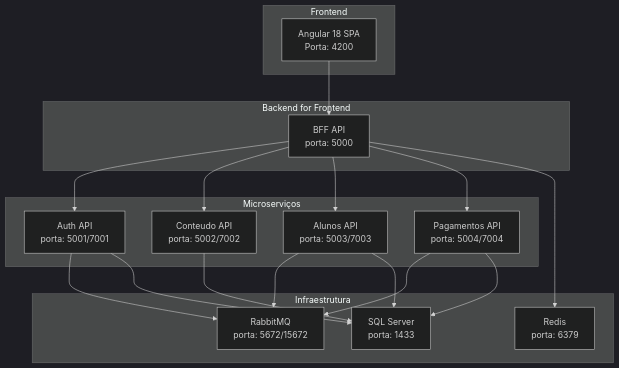
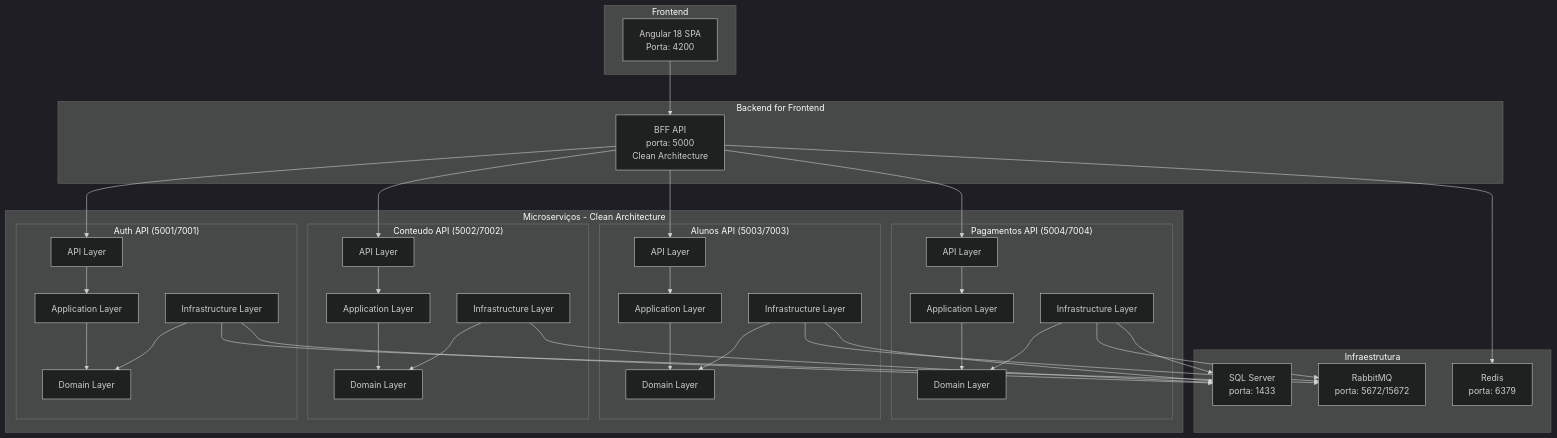
The diagram in README.md (jasonamaral/mba.modulo4), drawn with Mermaid (dark theme) before and after one commit. The commit also changed other lines of this file and 2 other files, not shown here.

Commit message:
Alteração no diagrama

````diff
--- a/README.md
+++ b/README.md
@@ -30,40 +30,80 @@
 ```mermaid
 graph TB
     subgraph "Frontend"
         Angular[Angular 18 SPA<br/>Porta: 4200]
     end
     
     subgraph "Backend for Frontend"
-        BFF[BFF API<br/>porta: 5000]
+        BFF[BFF API<br/>porta: 5000<br/>Clean Architecture]
     end
     
-    subgraph "Microserviços"
-        Auth[Auth API<br/>porta: 5001/7001]
-        Conteudo[Conteudo API<br/>porta: 5002/7002]
-        Alunos[Alunos API<br/>porta: 5003/7003]
-        Pagamentos[Pagamentos API<br/>porta: 5004/7004]
+    subgraph "Microserviços - Clean Architecture"
+        subgraph "Auth API (5001/7001)"
+            AuthAPI[API Layer]
+            AuthApp[Application Layer]
+            AuthDomain[Domain Layer]
+            AuthInfra[Infrastructure Layer]
+        end
+        
+        subgraph "Conteudo API (5002/7002)"
+            ConteudoAPI[API Layer]
+            ConteudoApp[Application Layer]
+            ConteudoDomain[Domain Layer]
+            ConteudoInfra[Infrastructure Layer]
+        end
+        
+        subgraph "Alunos API (5003/7003)"
+            AlunosAPI[API Layer]
+            AlunosApp[Application Layer]
+            AlunosDomain[Domain Layer]
+            AlunosInfra[Infrastructure Layer]
+        end
+        
+        subgraph "Pagamentos API (5004/7004)"
+            PagamentosAPI[API Layer]
+            PagamentosApp[Application Layer]
+            PagamentosDomain[Domain Layer]
+            PagamentosInfra[Infrastructure Layer]
+        end
     end
     
     subgraph "Infraestrutura"
         RabbitMQ[RabbitMQ<br/>porta: 5672/15672]
         SQLServer[SQL Server<br/>porta: 1433]
         Redis[Redis<br/>porta: 6379]
     end
     
     Angular --> BFF
-    BFF --> Auth
-    BFF --> Conteudo
-    BFF --> Alunos
-    BFF --> Pagamentos
     
-    Pagamentos --> RabbitMQ
-    Alunos --> RabbitMQ
-    Auth --> RabbitMQ
+    BFF --> AuthAPI
+    BFF --> ConteudoAPI
+    BFF --> AlunosAPI
+    BFF --> PagamentosAPI
     
-    Auth --> SQLServer
-    Conteudo --> SQLServer
-    Alunos --> SQLServer
-    Pagamentos --> SQLServer
+    AuthAPI --> AuthApp
+    AuthApp --> AuthDomain
+    AuthInfra --> AuthDomain
+    
+    ConteudoAPI --> ConteudoApp
+    ConteudoApp --> ConteudoDomain
+    ConteudoInfra --> ConteudoDomain
+    
+    AlunosAPI --> AlunosApp
+    AlunosApp --> AlunosDomain
+    AlunosInfra --> AlunosDomain
+    
+    PagamentosAPI --> PagamentosApp
+    PagamentosApp --> PagamentosDomain
+    PagamentosInfra --> PagamentosDomain
+    
+    PagamentosInfra --> RabbitMQ
+    AlunosInfra --> RabbitMQ
+    AuthInfra --> RabbitMQ
+    
+    AuthInfra --> SQLServer
+    ConteudoInfra --> SQLServer
+    AlunosInfra --> SQLServer
+    PagamentosInfra --> SQLServer
     
     BFF --> Redis
 ```
````
